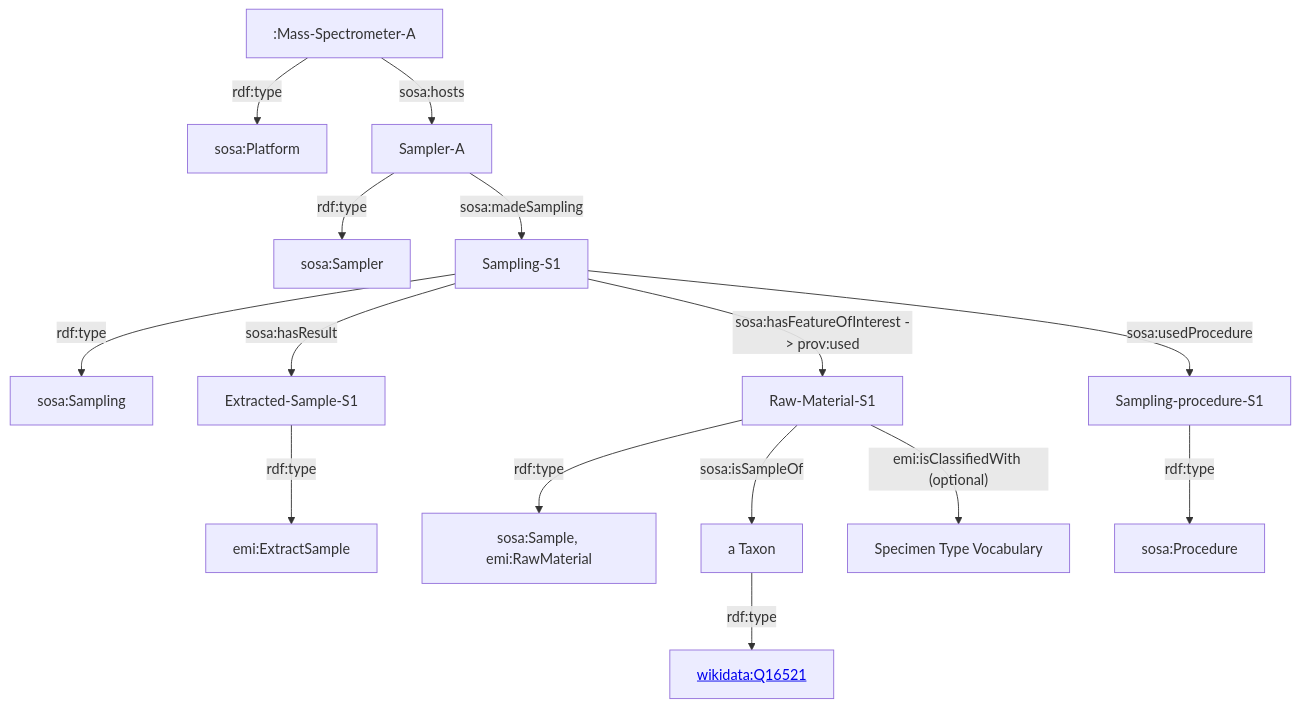
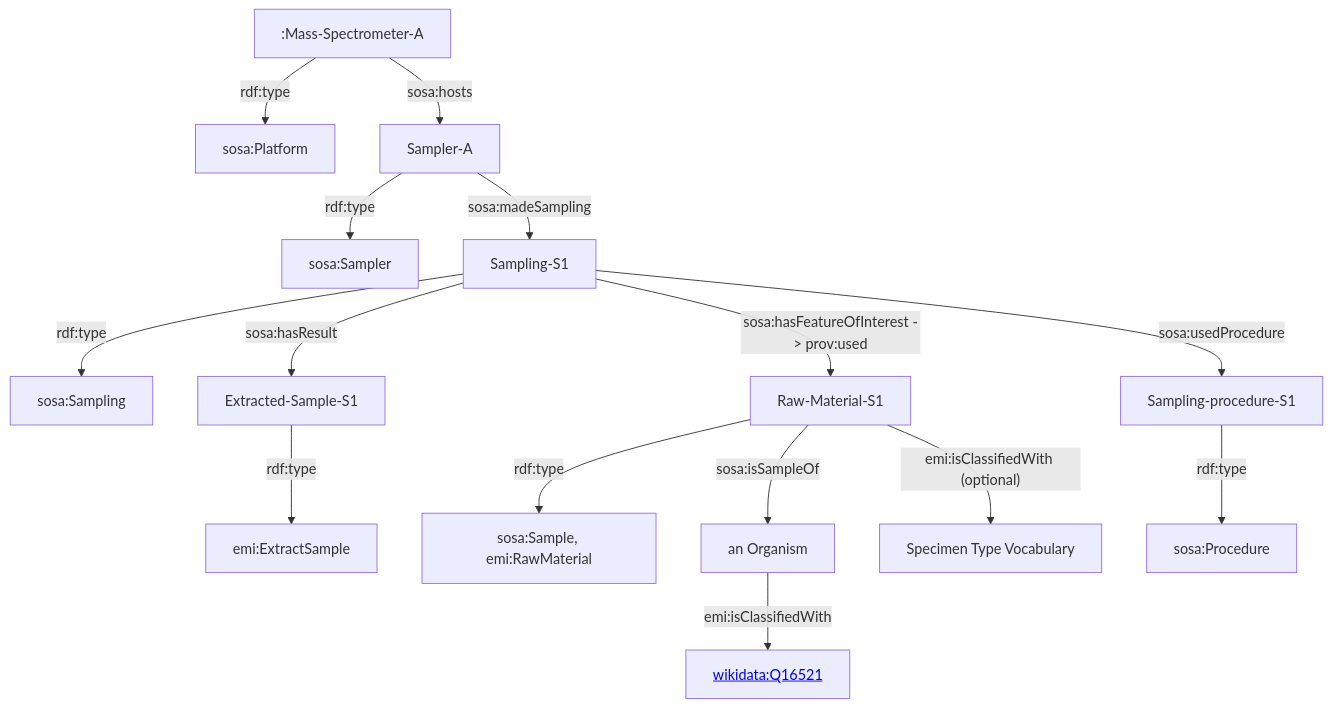
One commit to digital-botanical-gardens-initiative/earth_metabolome_ontology changed the second of 8 diagrams in README.md. Above: the diagram before and after it, drawn with Mermaid. The commit also changed other lines of this file, not shown here.

````diff
--- a/README.md
+++ b/README.md
@@ -50,19 +55,18 @@
 ```mermaid
 graph TD
-		d[":Mass-Spectrometer-A"]-->|rdf:type|sosa:Platform
-		d-->|sosa:hosts|d2["Sampler-A"]
-		d2-->|rdf:type|sosa:Sampler
-		d2-->|sosa:madeSampling|oo["Sampling-S1"]
+	d[":Mass-Spectrometer-A"]-->|rdf:type|sosa:Platform
+	d-->|sosa:hosts|d2["Sampler-A"]
+	d2-->|rdf:type|sosa:Sampler
+	d2-->|sosa:madeSampling|oo["Sampling-S1"]
         oo-->|rdf:type|a["sosa:Sampling"]
         oo-->|"sosa:hasFeatureOfInterest -> prov:used"|s["Raw-Material-S1"]
         oo-->|sosa:hasResult|es1["Extracted-Sample-S1"]
 	es1-->|rdf:type|emi:ExtractSample
         s-->|rdf:type|sSample["sosa:Sample, emi:RawMaterial"]
-        s-->|sosa:isSampleOf|t["a Taxon"]
-        t-->|rdf:type|w["<a href=http://www.wikidata.org/entity/Q16521>wikidata:Q16521</a>"]
+        s-->|sosa:isSampleOf|t["an Organism"]
+        t-->|emi:isClassifiedWith|w["<a href=http://www.wikidata.org/entity/Q16521>wikidata:Q16521</a>"]
         s-->|"emi:isClassifiedWith (optional)"|w2["Specimen Type Vocabulary"]
         oo-->|sosa:usedProcedure|proc["Sampling-procedure-S1"]
-        proc-->|rdf:type|sosa:Procedure
-        
+        proc-->|rdf:type|sosa:Procedure   
 
 ```
````
